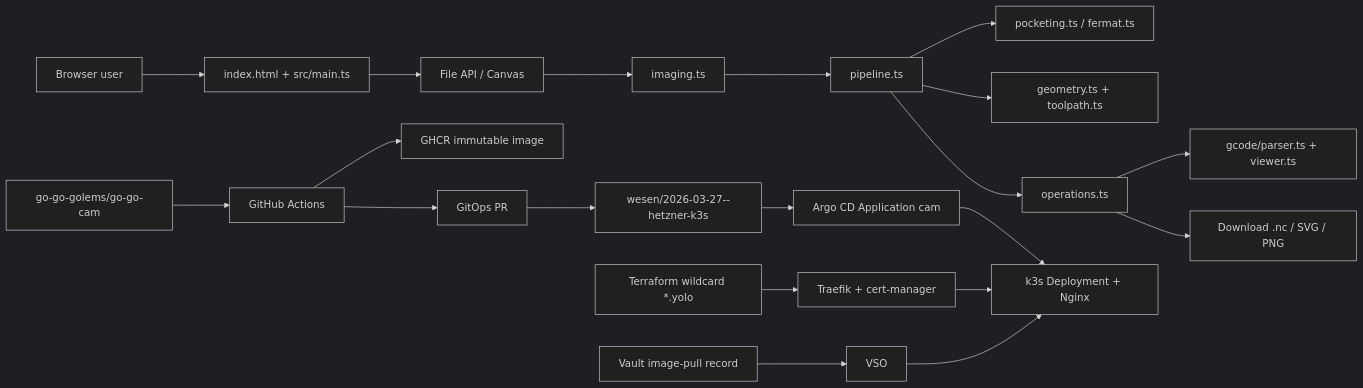
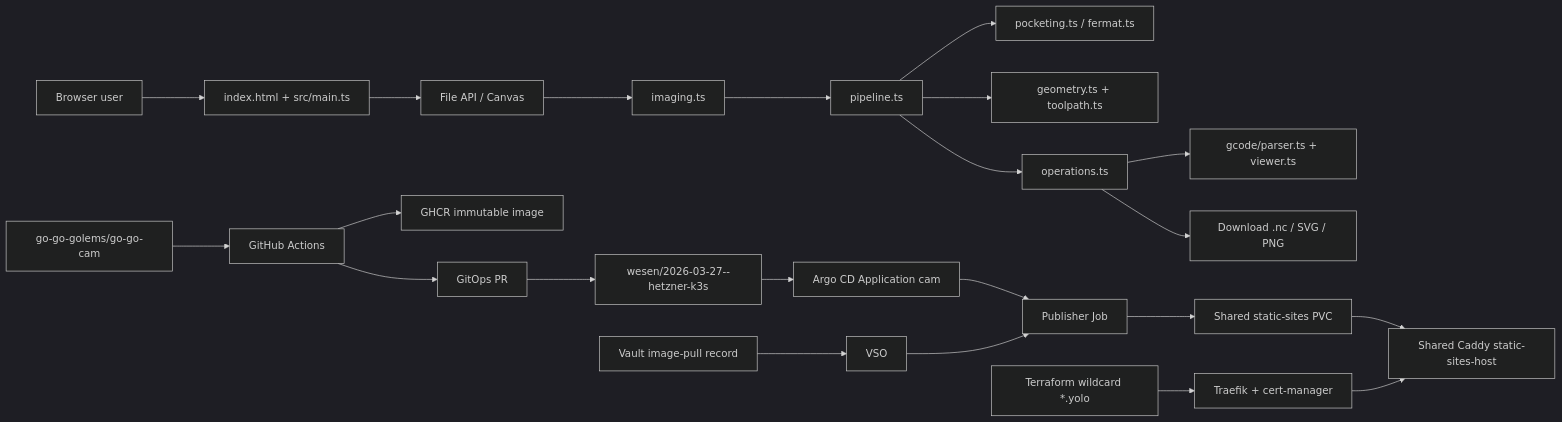
Before and after one commit to go-go-golems/go-go-cam: the diagram in ttmp/2026/08/01/MILL-05--production-deployment-of-abs-bicolor-v-engraver-to-cam-yolo-scapegoat-dev/design-doc/01-production-deployment-design-and-implementation-guide.md, drawn with Mermaid (dark theme). The commit also changed other lines of this file and 2 other files, not shown here.

Commit message:
Update MILL-05 for shared static sites

````diff
--- a/ttmp/2026/08/01/MILL-05--production-deployment-of-abs-bicolor-v-engraver-to-cam-yolo-scapegoat-dev/design-doc/01-production-deployment-design-and-implementation-guide.md
+++ b/ttmp/2026/08/01/MILL-05--production-deployment-of-abs-bicolor-v-engraver-to-cam-yolo-scapegoat-dev/design-doc/01-production-deployment-design-and-implementation-guide.md
@@ -138,23 +141,25 @@
 ```mermaid
 flowchart LR
     USER[Browser user] --> UI[index.html + src/main.ts]
     UI --> FILE[File API / Canvas]
     FILE --> IMG[imaging.ts]
     IMG --> PIPE[pipeline.ts]
     PIPE --> POCKET[pocketing.ts / fermat.ts]
     PIPE --> DETAIL[geometry.ts + toolpath.ts]
     PIPE --> GCODE[operations.ts]
     GCODE --> VIEWER[gcode/parser.ts + viewer.ts]
     GCODE --> DOWNLOAD[Download .nc / SVG / PNG]
 
     SRC[go-go-golems/go-go-cam] --> CI[GitHub Actions]
     CI --> GHCR[GHCR immutable image]
     CI --> PR[GitOps PR]
     PR --> K3S[wesen/2026-03-27--hetzner-k3s]
     K3S --> ARGO[Argo CD Application cam]
-    ARGO --> POD[k3s Deployment + Nginx]
+    ARGO --> JOB[Publisher Job]
+    JOB --> PVC[Shared static-sites PVC]
+    PVC --> CADDY[Shared Caddy static-sites-host]
     DNS[Terraform wildcard *.yolo] --> TLS[Traefik + cert-manager]
-    TLS --> POD
+    TLS --> CADDY
     VAULT[Vault image-pull record] --> VSO[VSO]
-    VSO --> POD
+    VSO --> JOB
 ```
````
